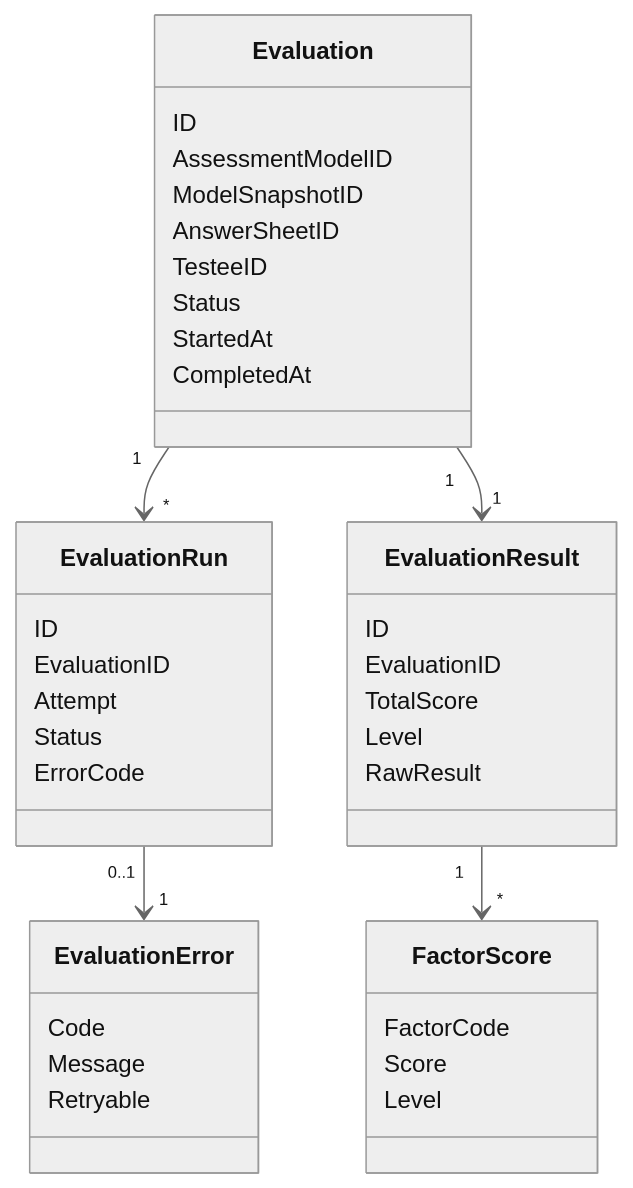
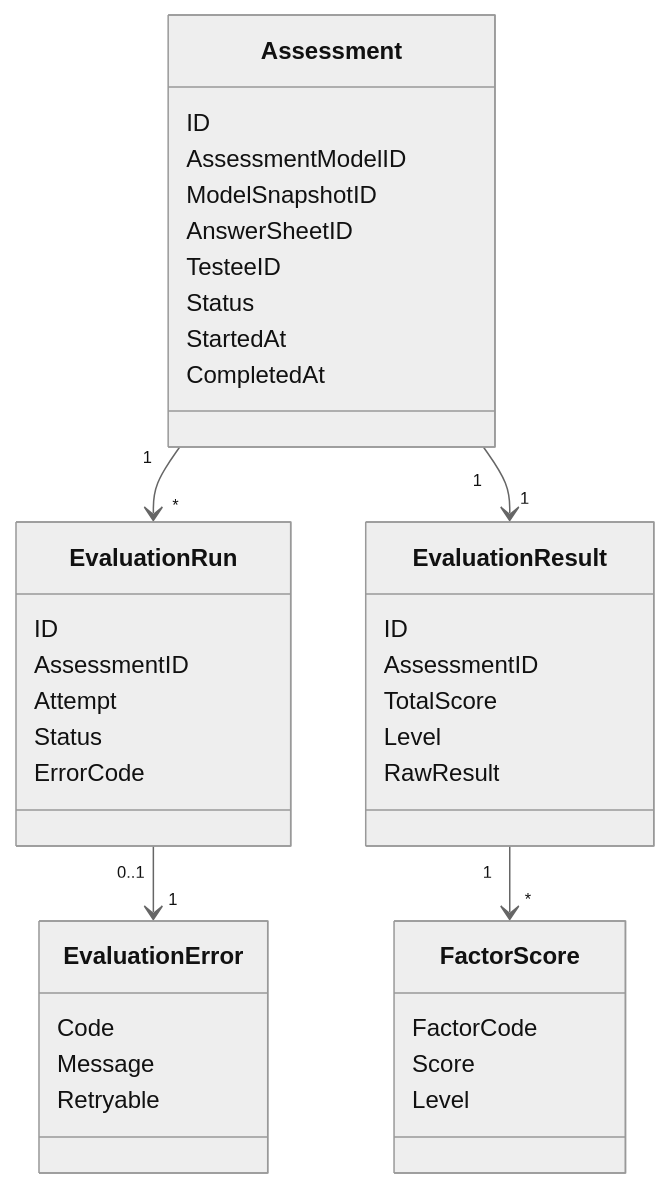
Before and after one commit to FangcunMount/qs-server: the diagram in docs/02-业务模块/30-evaluation/02-领域模型.md, drawn with Mermaid (neutral theme). The commit also changed other lines of this file and 20 other files, not shown here.

Commit message:
doc:  更新评估和解释文档以提高清晰度和准确性 - 修改了关键事件名称和描述，以反映评估过程的当前状态，包括对`assessment.evaluated`和`assessment.interpreted`的变更。 - 强化了关于评估和报告生命周期的文档，明确了评估模块与解释模块的职责。 - 更新了状态机图，以准确表示评估和评估运行的状态转换。 - 改进了对评估、评估结果与报告之间关系的解释，强调报告生成独立于评估状态。 - 新增部分，详细说明评估与解释的决策流程及其边界，确保与最新实施目标保持一致。

````diff
--- a/docs/02-业务模块/30-evaluation/02-领域模型.md
+++ b/docs/02-业务模块/30-evaluation/02-领域模型.md
@@ -11,41 +11,41 @@
 ```mermaid
 classDiagram
-    class Evaluation {
+    class Assessment {
         ID
         AssessmentModelID
         ModelSnapshotID
         AnswerSheetID
         TesteeID
         Status
         StartedAt
         CompletedAt
     }
     class EvaluationRun {
         ID
-        EvaluationID
+        AssessmentID
         Attempt
         Status
         ErrorCode
     }
     class EvaluationResult {
         ID
-        EvaluationID
+        AssessmentID
         TotalScore
         Level
         RawResult
     }
     class FactorScore {
         FactorCode
         Score
         Level
     }
     class EvaluationError {
         Code
         Message
         Retryable
     }
-    Evaluation "1" --> "*" EvaluationRun
-    Evaluation "1" --> "1" EvaluationResult
+    Assessment "1" --> "*" EvaluationRun
+    Assessment "1" --> "1" EvaluationResult
     EvaluationResult "1" --> "*" FactorScore
     EvaluationRun "0..1" --> "1" EvaluationError
 ```
````
